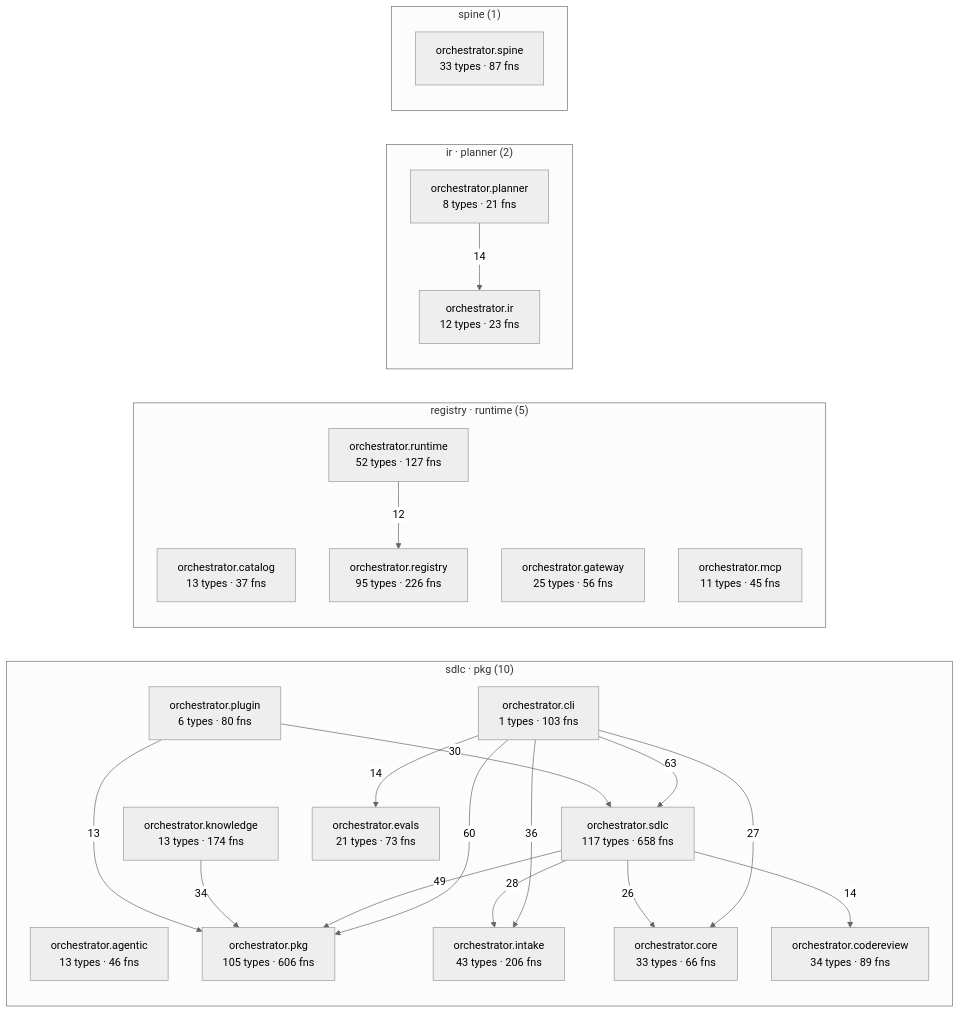
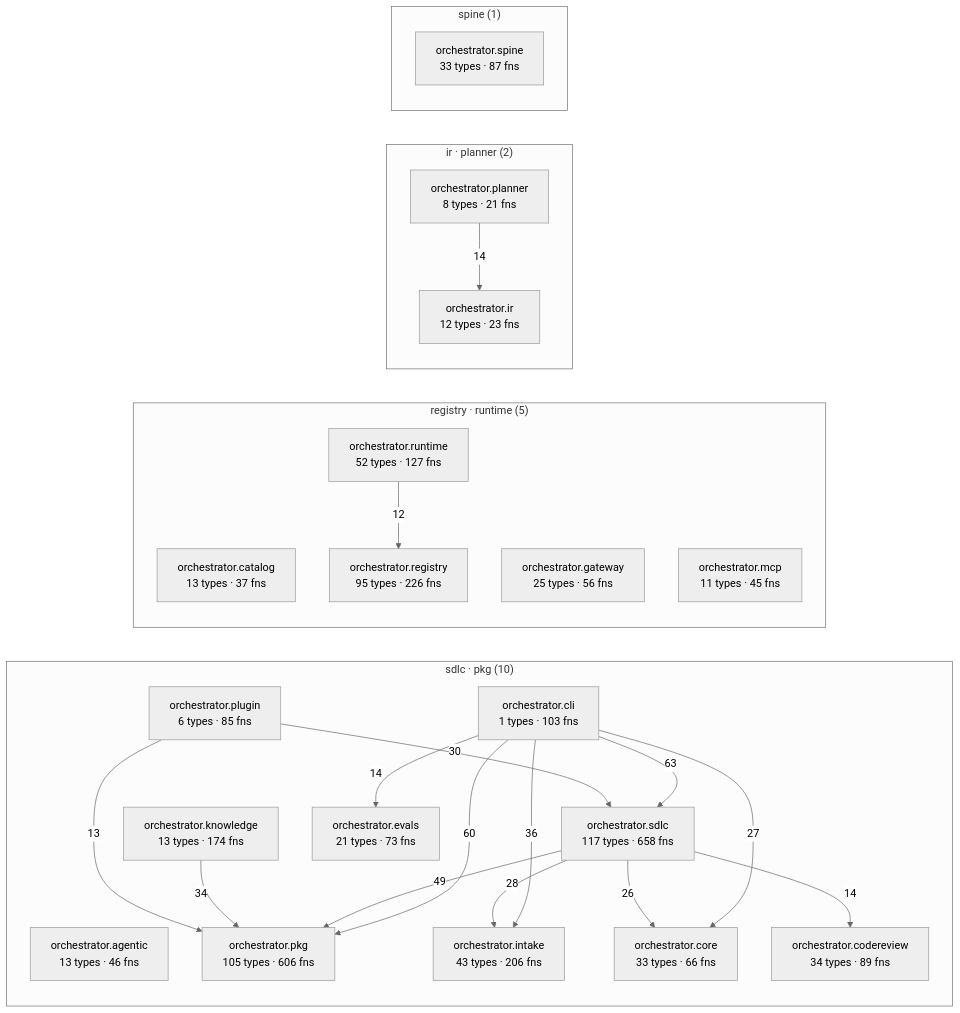
One commit to synaptixs/spine changed the diagram in episteme/architecture.md. Above: the diagram before and after it, drawn with Mermaid (neutral theme). The commit also changed other lines of this file and 12 other files, not shown here.

````diff
--- a/episteme/architecture.md
+++ b/episteme/architecture.md
@@ -54,43 +54,43 @@
 ```mermaid
 flowchart LR
   subgraph c_2["sdlc · pkg (10)"]
     aorchestratoragentic["orchestrator.agentic<br/>13 types · 46 fns"]
     aorchestratorcli["orchestrator.cli<br/>1 types · 103 fns"]
     aorchestratorcodereview["orchestrator.codereview<br/>34 types · 89 fns"]
     aorchestratorcore["orchestrator.core<br/>33 types · 66 fns"]
     aorchestratorevals["orchestrator.evals<br/>21 types · 73 fns"]
     aorchestratorintake["orchestrator.intake<br/>43 types · 206 fns"]
     aorchestratorknowledge["orchestrator.knowledge<br/>13 types · 174 fns"]
     aorchestratorpkg["orchestrator.pkg<br/>105 types · 606 fns"]
-    aorchestratorplugin["orchestrator.plugin<br/>6 types · 80 fns"]
+    aorchestratorplugin["orchestrator.plugin<br/>6 types · 85 fns"]
     aorchestratorsdlc["orchestrator.sdlc<br/>117 types · 658 fns"]
   end
   subgraph c_4["registry · runtime (5)"]
     aorchestratorcatalog["orchestrator.catalog<br/>13 types · 37 fns"]
     aorchestratorgateway["orchestrator.gateway<br/>25 types · 56 fns"]
     aorchestratormcp["orchestrator.mcp<br/>11 types · 45 fns"]
     aorchestratorregistry["orchestrator.registry<br/>95 types · 226 fns"]
     aorchestratorruntime["orchestrator.runtime<br/>52 types · 127 fns"]
   end
   subgraph c_6["ir · planner (2)"]
     aorchestratorir["orchestrator.ir<br/>12 types · 23 fns"]
     aorchestratorplanner["orchestrator.planner<br/>8 types · 21 fns"]
   end
   subgraph c_9["spine (1)"]
     aorchestratorspine["orchestrator.spine<br/>33 types · 87 fns"]
   end
   aorchestratorcli -->|63| aorchestratorsdlc
   aorchestratorcli -->|60| aorchestratorpkg
   aorchestratorsdlc -->|49| aorchestratorpkg
   aorchestratorcli -->|36| aorchestratorintake
   aorchestratorknowledge -->|34| aorchestratorpkg
   aorchestratorplugin -->|30| aorchestratorsdlc
   aorchestratorsdlc -->|28| aorchestratorintake
   aorchestratorcli -->|27| aorchestratorcore
   aorchestratorsdlc -->|26| aorchestratorcore
   aorchestratorcli -->|14| aorchestratorevals
   aorchestratorplanner -->|14| aorchestratorir
   aorchestratorsdlc -->|14| aorchestratorcodereview
   aorchestratorplugin -->|13| aorchestratorpkg
   aorchestratorruntime -->|12| aorchestratorregistry
 ```
````
